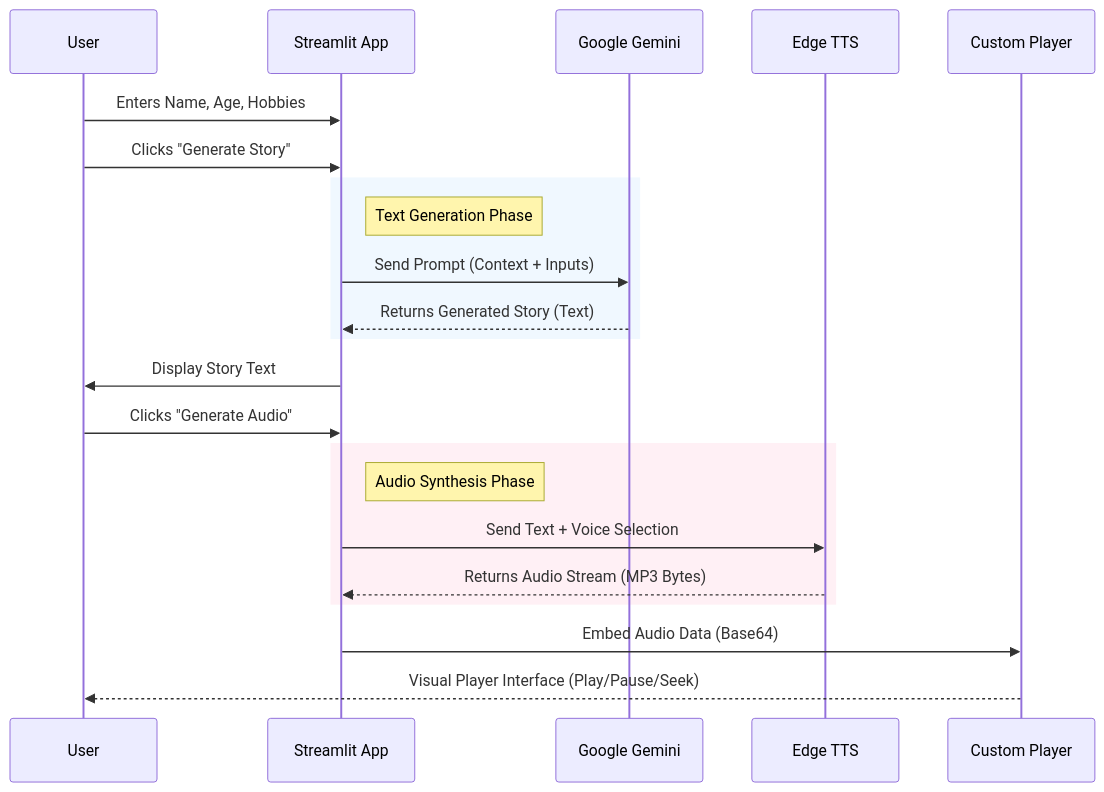
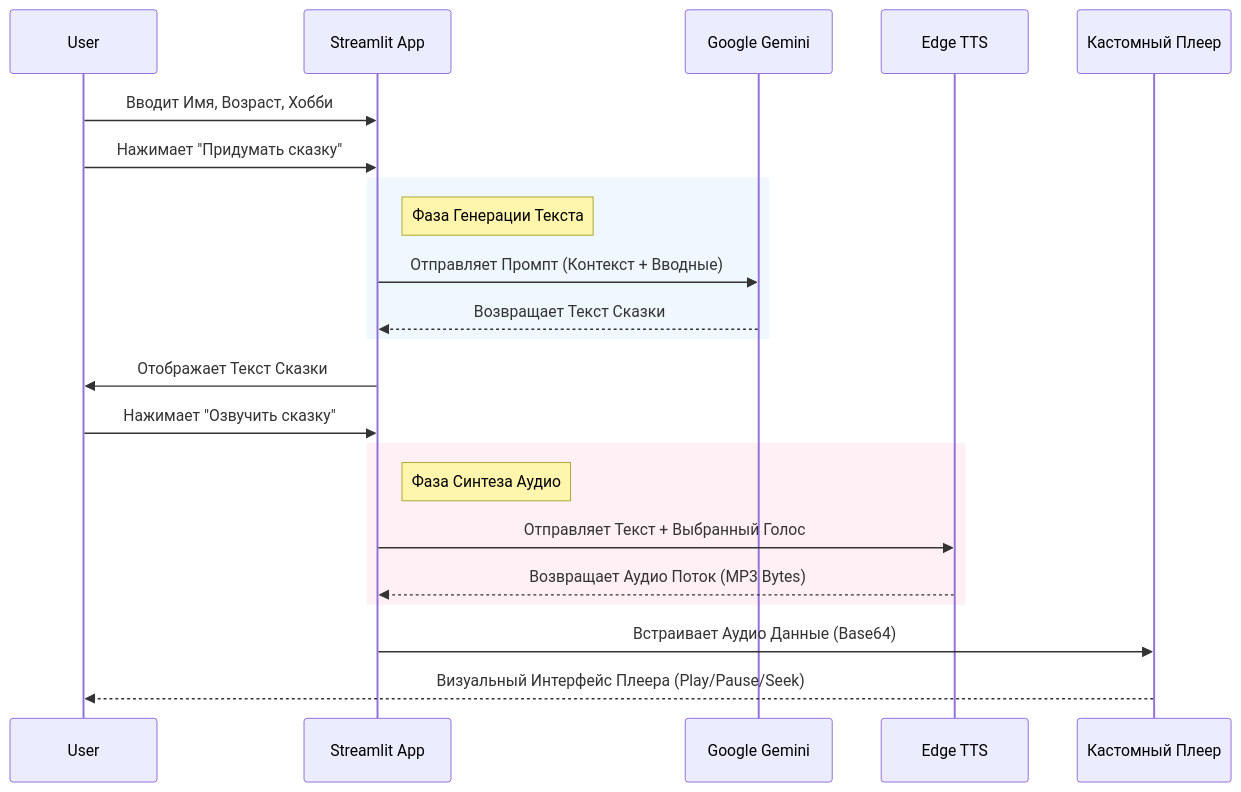
One commit to sam-nv89/fairy_tale_generator changed the diagram in ARCHITECTURE.md. Above: the diagram before and after it, drawn with Mermaid. The commit also changed other lines of this file and 1 other file, not shown here.

````diff
--- a/ARCHITECTURE.md
+++ b/ARCHITECTURE.md
@@ -27,30 +27,30 @@
 ```mermaid
 sequenceDiagram
     participant User
     participant StreamlitUI as Streamlit App
     participant GeminiAPI as Google Gemini
     participant TTS as Edge TTS
-    participant AudioPlayer as Custom Player
+    participant AudioPlayer as Кастомный Плеер
 
-    User->>StreamlitUI: Enters Name, Age, Hobbies
-    User->>StreamlitUI: Clicks "Generate Story"
+    User->>StreamlitUI: Вводит Имя, Возраст, Хобби
+    User->>StreamlitUI: Нажимает "Придумать сказку"
     
     rect rgb(240, 248, 255)
-        note right of StreamlitUI: Text Generation Phase
-        StreamlitUI->>GeminiAPI: Send Prompt (Context + Inputs)
-        GeminiAPI-->>StreamlitUI: Returns Generated Story (Text)
+        note right of StreamlitUI: Фаза Генерации Текста
+        StreamlitUI->>GeminiAPI: Отправляет Промпт (Контекст + Вводные)
+        GeminiAPI-->>StreamlitUI: Возвращает Текст Сказки
     end
     
-    StreamlitUI->>User: Display Story Text
+    StreamlitUI->>User: Отображает Текст Сказки
     
-    User->>StreamlitUI: Clicks "Generate Audio"
+    User->>StreamlitUI: Нажимает "Озвучить сказку"
     
     rect rgb(255, 240, 245)
-        note right of StreamlitUI: Audio Synthesis Phase
-        StreamlitUI->>TTS: Send Text + Voice Selection
-        TTS-->>StreamlitUI: Returns Audio Stream (MP3 Bytes)
+        note right of StreamlitUI: Фаза Синтеза Аудио
+        StreamlitUI->>TTS: Отправляет Текст + Выбранный Голос
+        TTS-->>StreamlitUI: Возвращает Аудио Поток (MP3 Bytes)
     end
     
-    StreamlitUI->>AudioPlayer: Embed Audio Data (Base64)
-    AudioPlayer-->>User: Visual Player Interface (Play/Pause/Seek)
+    StreamlitUI->>AudioPlayer: Встраивает Аудио Данные (Base64)
+    AudioPlayer-->>User: Визуальный Интерфейс Плеера (Play/Pause/Seek)
 ```
````
